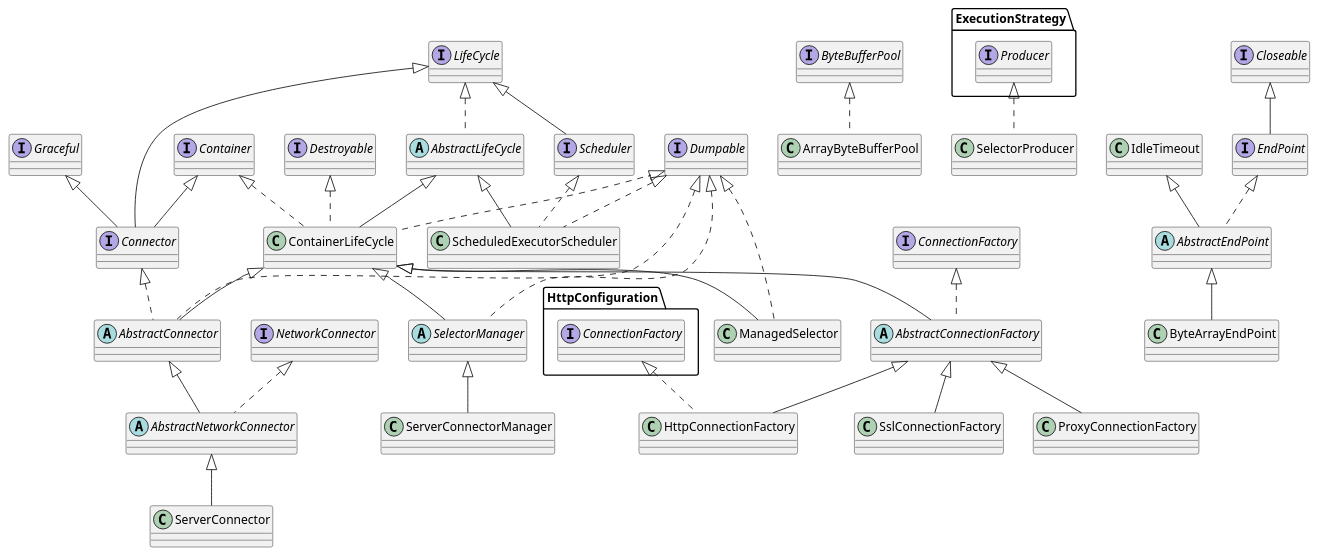
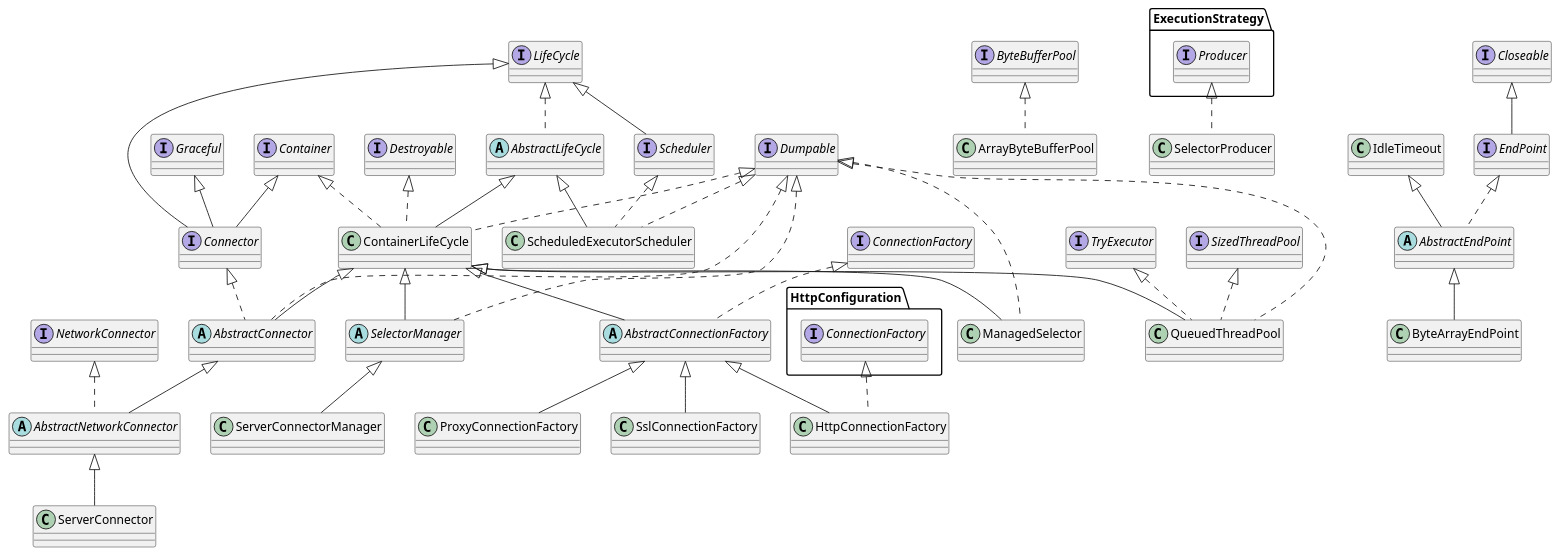
The diagram in static-blogs/framework/jetty/uml/jetty主体类图.puml (physicsLoveJava/java-miscellaneous), drawn with PlantUML before and after one commit. The commit also changed 1 other file, not shown here.

Commit message:
add @jetty jetty主体代码流程与类图

```diff
--- a/static-blogs/framework/jetty/uml/jetty主体类图.puml
+++ b/static-blogs/framework/jetty/uml/jetty主体类图.puml
@@ -1,30 +1,31 @@
 @startuml
 
 class ServerConnector extends AbstractNetworkConnector
 abstract class AbstractNetworkConnector extends AbstractConnector implements NetworkConnector
 abstract class AbstractConnector extends ContainerLifeCycle implements Connector, Dumpable
 class ContainerLifeCycle extends AbstractLifeCycle implements Container, Destroyable, Dumpable
 abstract class AbstractLifeCycle implements LifeCycle
 interface Connector extends LifeCycle, Container, Graceful
 
+class QueuedThreadPool extends ContainerLifeCycle implements SizedThreadPool, Dumpable, TryExecutor
 class ScheduledExecutorScheduler extends AbstractLifeCycle implements Scheduler, Dumpable
 interface Scheduler extends LifeCycle
 
 class ArrayByteBufferPool implements ByteBufferPool
 
 abstract class AbstractConnectionFactory extends ContainerLifeCycle implements ConnectionFactory
 class HttpConnectionFactory extends AbstractConnectionFactory implements HttpConfiguration.ConnectionFactory
 class ProxyConnectionFactory extends AbstractConnectionFactory
 class SslConnectionFactory extends AbstractConnectionFactory
 
 class ServerConnectorManager extends SelectorManager
 abstract class SelectorManager extends ContainerLifeCycle implements Dumpable
 class ManagedSelector extends ContainerLifeCycle implements Dumpable
 
 class SelectorProducer implements ExecutionStrategy.Producer
 
 interface EndPoint extends Closeable
 abstract class AbstractEndPoint extends IdleTimeout implements EndPoint
 class ByteArrayEndPoint extends AbstractEndPoint
 
 @enduml
```
